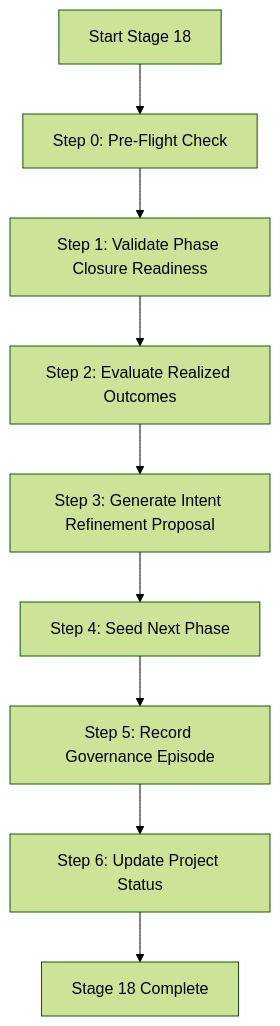
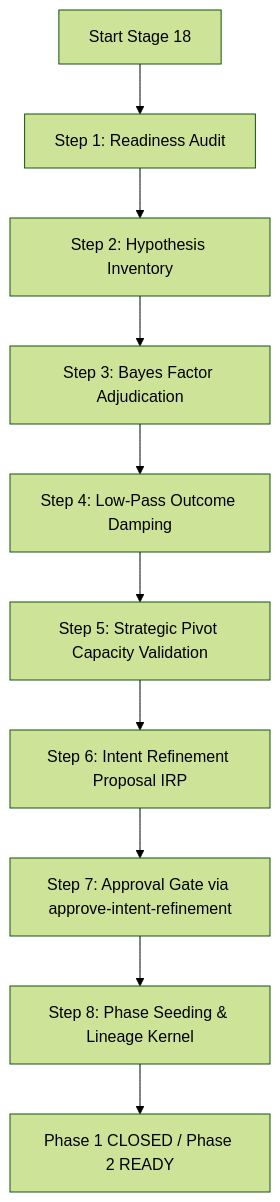
Before and after one commit to mdresch/agent-learning: the diagram in .claude/skills/stage-18/SKILL.md, drawn with Mermaid (forest theme). The commit also changed other lines of this file and 187 other files, not shown here.

Commit message:
feat(phase2): stage 1-8 governance foundation packs, decision frames, and epic 14 critique-evidence implementation

````diff
--- a/.claude/skills/stage-18/SKILL.md
+++ b/.claude/skills/stage-18/SKILL.md
@@ -132,11 +72,12 @@
 ```mermaid
 graph TD
-    A[Start Stage 18] --> B[Step 0: Pre-Flight Check]
-    B --> C[Step 1: Validate Phase Closure Readiness]
-    C --> D[Step 2: Evaluate Realized Outcomes]
-    D --> E[Step 3: Generate Intent Refinement Proposal]
-    E --> F[Step 4: Seed Next Phase]
-    F --> G[Step 5: Record Governance Episode]
-    G --> H[Step 6: Update Project Status]
-    H --> I[Stage 18 Complete]
+    A[Start Stage 18] --> S1[Step 1: Readiness Audit]
+    S1 --> S2[Step 2: Hypothesis Inventory]
+    S2 --> S3[Step 3: Bayes Factor Adjudication]
+    S3 --> S4[Step 4: Low-Pass Outcome Damping]
+    S4 --> S5[Step 5: Strategic Pivot Capacity Validation]
+    S5 --> S6[Step 6: Intent Refinement Proposal IRP]
+    S6 --> S7[Step 7: Approval Gate via approve-intent-refinement]
+    S7 --> S8[Step 8: Phase Seeding & Lineage Kernel]
+    S8 --> Z[Phase 1 CLOSED / Phase 2 READY]
 ```
````
